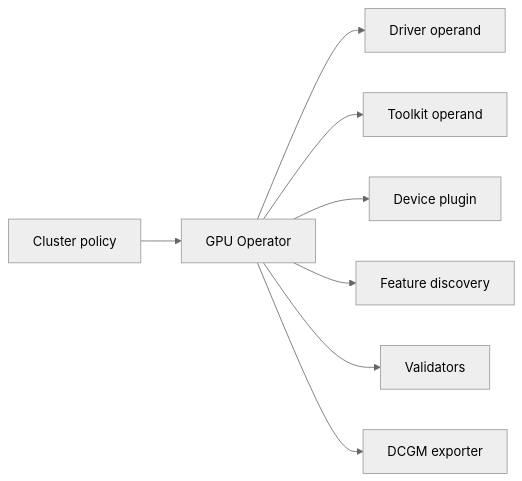
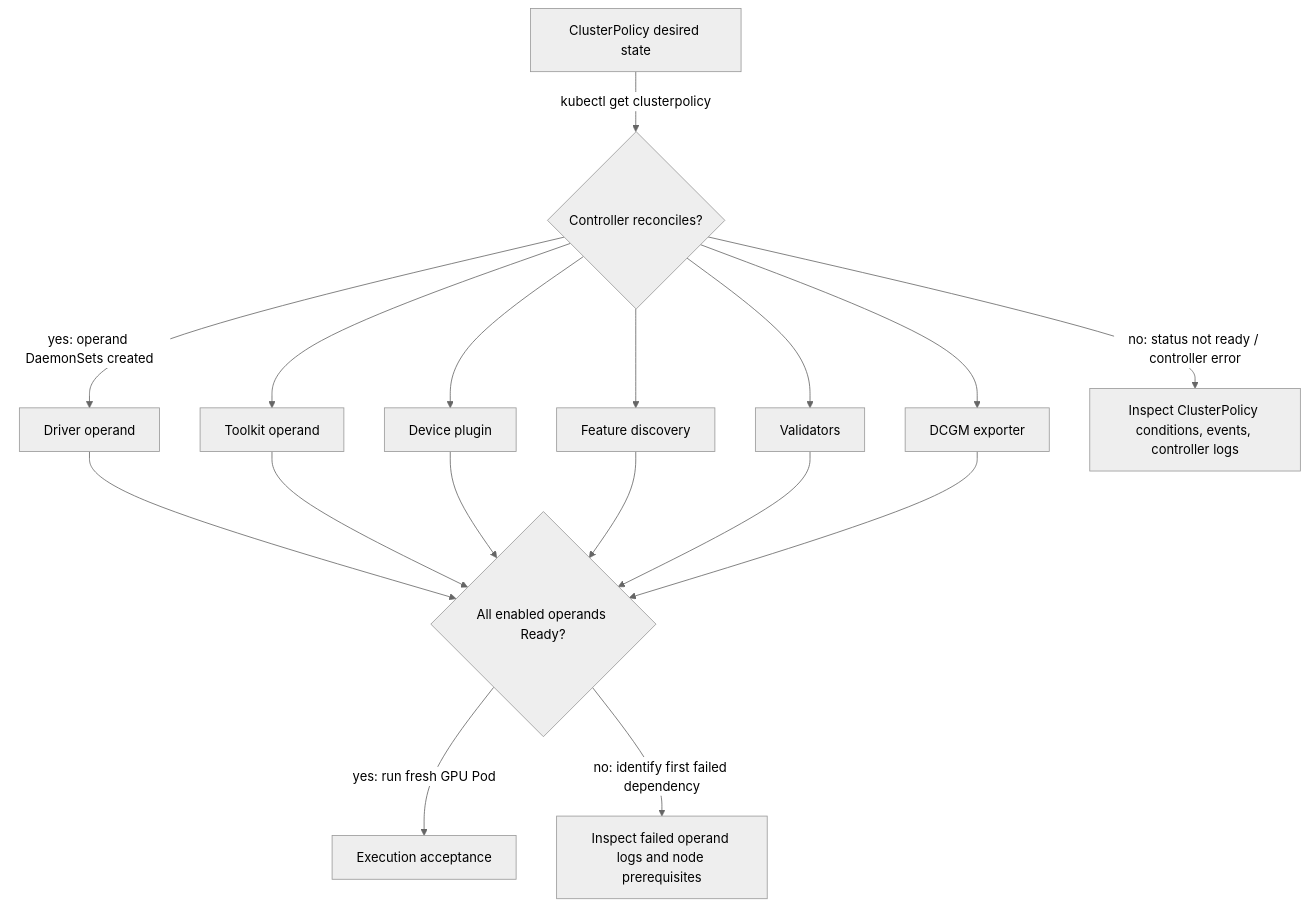
One commit to jithinpnjm/nvidia-devops changed the second of 2 diagrams in docs/nvidia-zero-to-hero/volume-10/chapter-01-why-kubernetes-needs-a-gpu-platform-layer.md. Above: the diagram before and after it, drawn with Mermaid (neutral theme). The commit also changed other lines of this file, not shown here.

````diff
--- a/docs/nvidia-zero-to-hero/volume-10/chapter-01-why-kubernetes-needs-a-gpu-platform-layer.md
+++ b/docs/nvidia-zero-to-hero/volume-10/chapter-01-why-kubernetes-needs-a-gpu-platform-layer.md
@@ -71,10 +157,19 @@
 ```mermaid
-flowchart LR
-    Policy[Cluster policy] --> Operator[GPU Operator]
-    Operator --> Driver[Driver operand]
+flowchart TD
+    Policy[ClusterPolicy desired state] -->|"kubectl get clusterpolicy"| Operator{Controller reconciles?}
+    Operator -->|"yes: operand DaemonSets created"| Driver[Driver operand]
     Operator --> Toolkit[Toolkit operand]
     Operator --> Plugin[Device plugin]
     Operator --> Discovery[Feature discovery]
     Operator --> Validate[Validators]
     Operator --> Metrics[DCGM exporter]
+    Operator -->|"no: status not ready / controller error"| ControlFix[Inspect ClusterPolicy conditions, events, controller logs]
+    Driver --> Gate{All enabled operands Ready?}
+    Toolkit --> Gate
+    Plugin --> Gate
+    Discovery --> Gate
+    Validate --> Gate
+    Metrics --> Gate
+    Gate -->|"yes: run fresh GPU Pod"| Workload[Execution acceptance]
+    Gate -->|"no: identify first failed dependency"| OperandFix[Inspect failed operand logs and node prerequisites]
 ```
````
